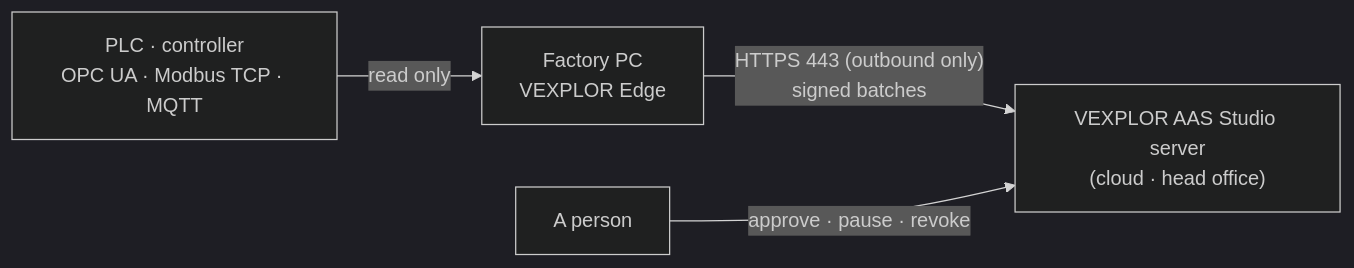
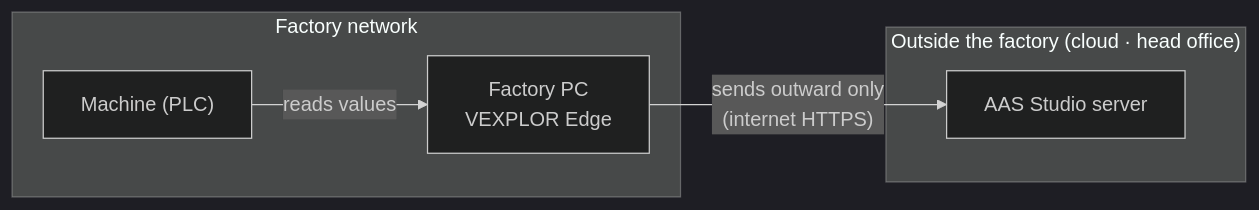
One commit to waceinc/vexplor-edge changed the second of 4 diagrams in docs/usage.md. Above: the diagram before and after it, drawn with Mermaid (dark theme). The commit also changed other lines of this file and 11 other files, not shown here.

First line of the commit message:
VEXPLOR Edge 1.0.1 — 끊긴 설비 연결 자동 재연결 · 설비 연결과 수집 설명 · 서버 위치별 안내 (#4)

````diff
--- a/docs/usage.md
+++ b/docs/usage.md
@@ -40,6 +72,10 @@
 ```mermaid
 flowchart LR
-  PLC["PLC · controller<br/>OPC UA · Modbus TCP · MQTT"] -- read only --> EDGE["Factory PC<br/>VEXPLOR Edge"]
-  EDGE -- "HTTPS 443 (outbound only)<br/>signed batches" --> SERVER["VEXPLOR AAS Studio server<br/>(cloud · head office)"]
-  PERSON["A person"] -- "approve · pause · revoke" --> SERVER
+  subgraph F["Factory network"]
+    PLC["Machine (PLC)"] -- "reads values" --> EDGE["Factory PC<br/>VEXPLOR Edge"]
+  end
+  subgraph C["Outside the factory (cloud · head office)"]
+    SRV["AAS Studio server"]
+  end
+  EDGE -- "sends outward only<br/>(internet HTTPS)" --> SRV
 ```
````
